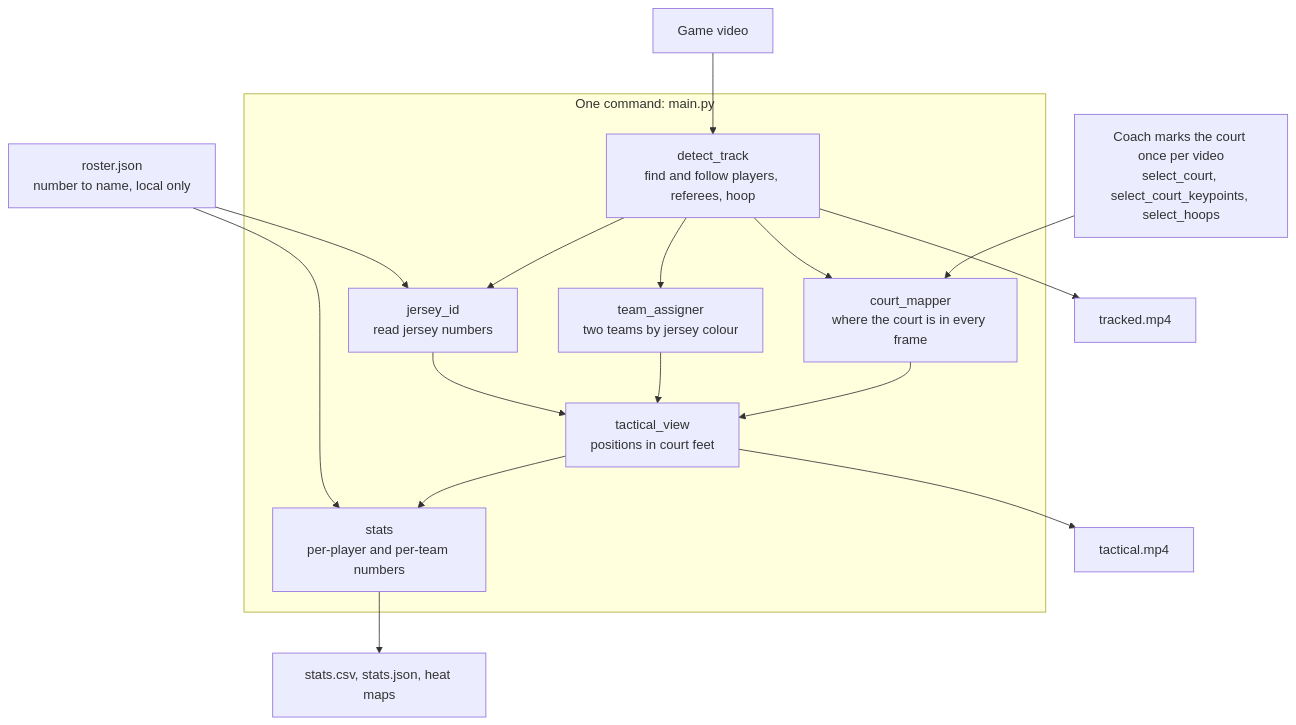
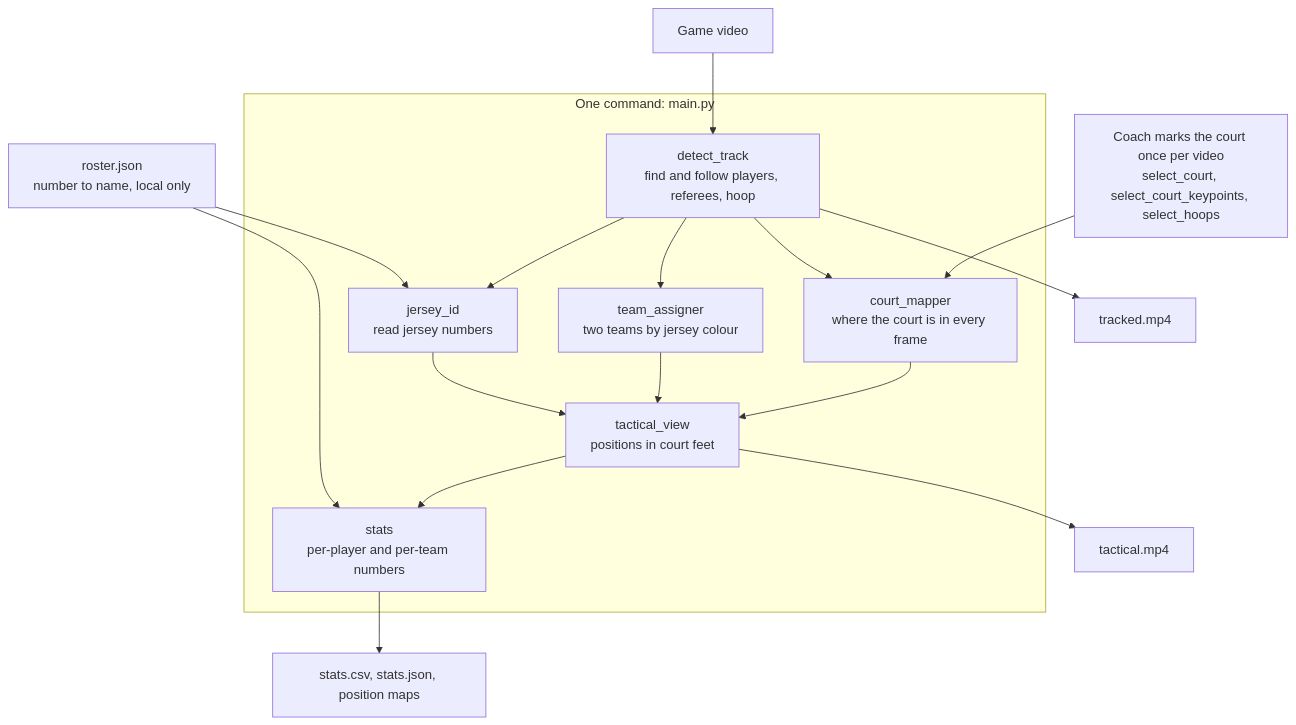
Before and after one commit to gsharp23/basketball-tracker: the diagram in README.md, drawn with Mermaid. The commit also changed other lines of this file and 11 other files, not shown here.

Commit message:
Dashboard: landing page, stats area with shot tagging and scoring heat map, training area with ball labelling and export

````diff
--- a/README.md
+++ b/README.md
@@ -24,28 +26,28 @@
 ```mermaid
 flowchart TD
     video[Game video] --> detect
     clicks[Coach marks the court once per video<br/>select_court, select_court_keypoints, select_hoops] --> court
 
     subgraph pipeline [One command: main.py]
         detect[detect_track<br/>find and follow players, referees, hoop]
         court[court_mapper<br/>where the court is in every frame]
         teams[team_assigner<br/>two teams by jersey colour]
         jerseys[jersey_id<br/>read jersey numbers]
         tactical[tactical_view<br/>positions in court feet]
         stats[stats<br/>per-player and per-team numbers]
 
         detect --> court
         detect --> teams
         detect --> jerseys
         court --> tactical
         teams --> tactical
         jerseys --> tactical
         tactical --> stats
     end
 
     roster[roster.json<br/>number to name, local only] --> stats
     roster --> jerseys
     detect --> v1[tracked.mp4]
     tactical --> v2[tactical.mp4]
-    stats --> out[stats.csv, stats.json, heat maps]
+    stats --> out[stats.csv, stats.json, position maps]
 ```
````
